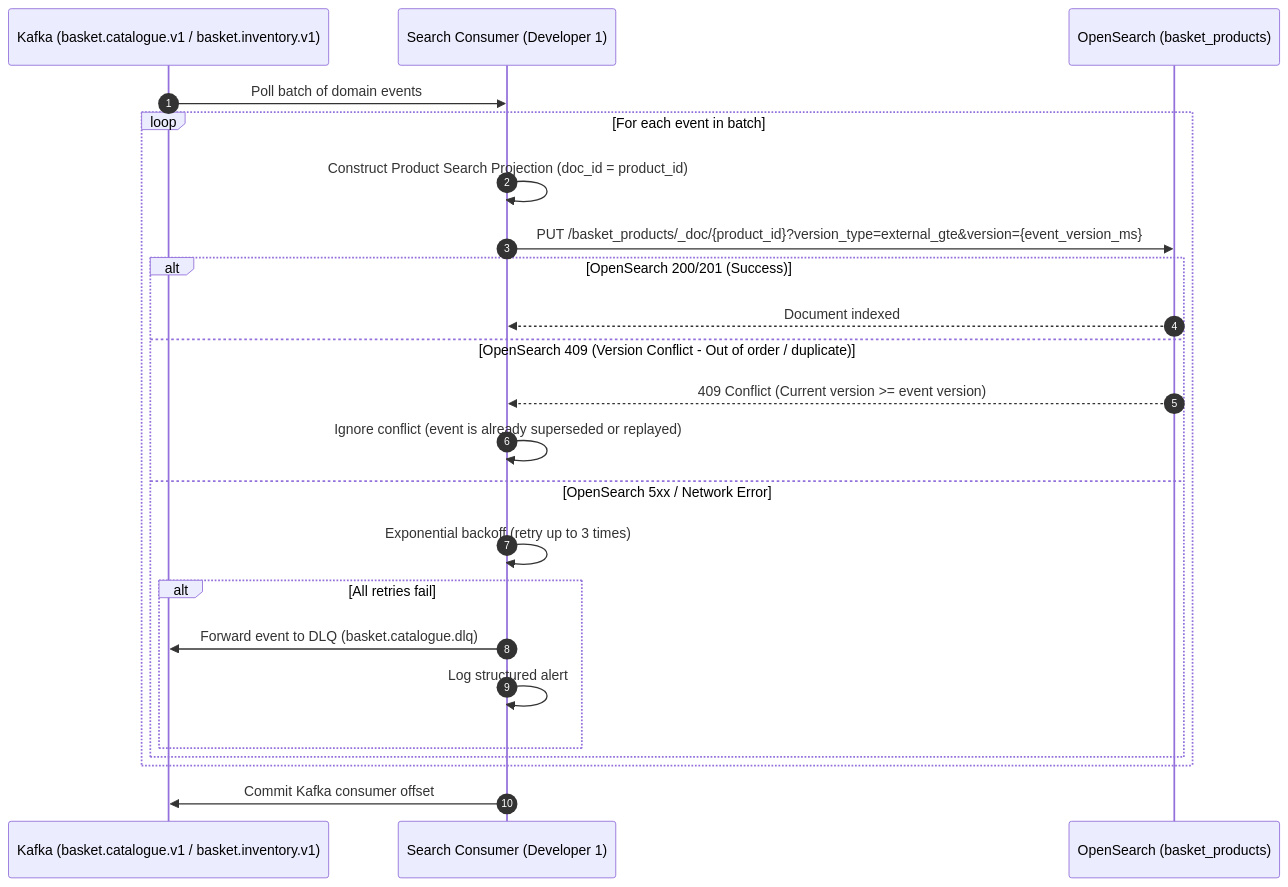
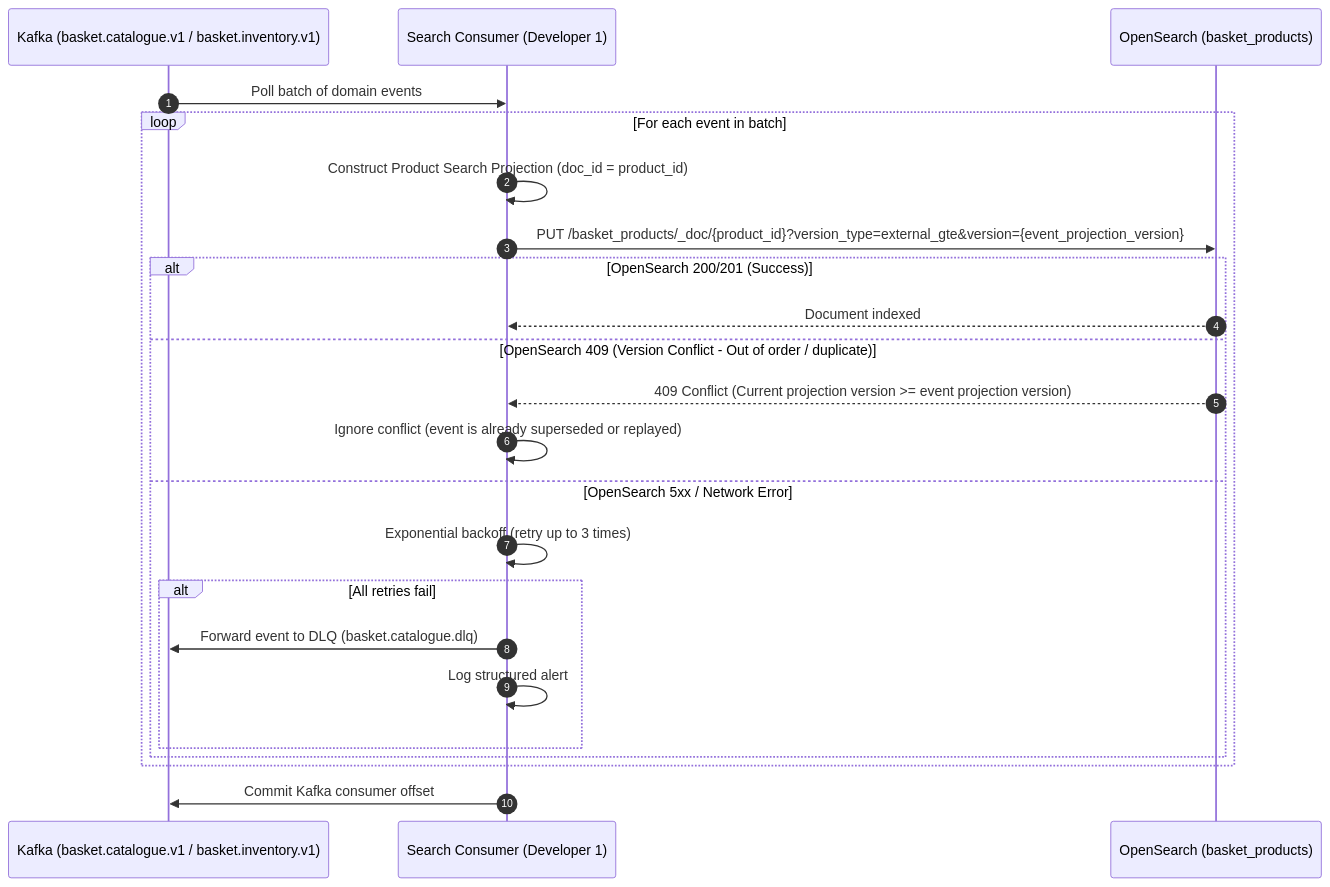
The second of 2 diagrams in ARCHITECTURE.md (Rahul2006MILLION/Online_Shopping), drawn with Mermaid before and after one commit. The commit also changed other lines of this file and 8 other files, not shown here.

````diff
--- a/ARCHITECTURE.md
+++ b/ARCHITECTURE.md
@@ -175,26 +179,26 @@
 ```mermaid
 sequenceDiagram
     autonumber
     participant K as Kafka (basket.catalogue.v1 / basket.inventory.v1)
     participant C as Search Consumer (Developer 1)
     participant OS as OpenSearch (basket_products)
 
     K->>C: Poll batch of domain events
     loop For each event in batch
         C->>C: Construct Product Search Projection (doc_id = product_id)
-        C->>OS: PUT /basket_products/_doc/{product_id}?version_type=external_gte&version={event_version_ms}
+        C->>OS: PUT /basket_products/_doc/{product_id}?version_type=external_gte&version={event_projection_version}
         alt OpenSearch 200/201 (Success)
             OS-->>C: Document indexed
         else OpenSearch 409 (Version Conflict - Out of order / duplicate)
-            OS-->>C: 409 Conflict (Current version >= event version)
+            OS-->>C: 409 Conflict (Current projection version >= event projection version)
             C->>C: Ignore conflict (event is already superseded or replayed)
         else OpenSearch 5xx / Network Error
             C->>C: Exponential backoff (retry up to 3 times)
             alt All retries fail
                 C->>K: Forward event to DLQ (basket.catalogue.dlq)
                 C->>C: Log structured alert
             end
         end
     end
     C->>K: Commit Kafka consumer offset
 ```
````
